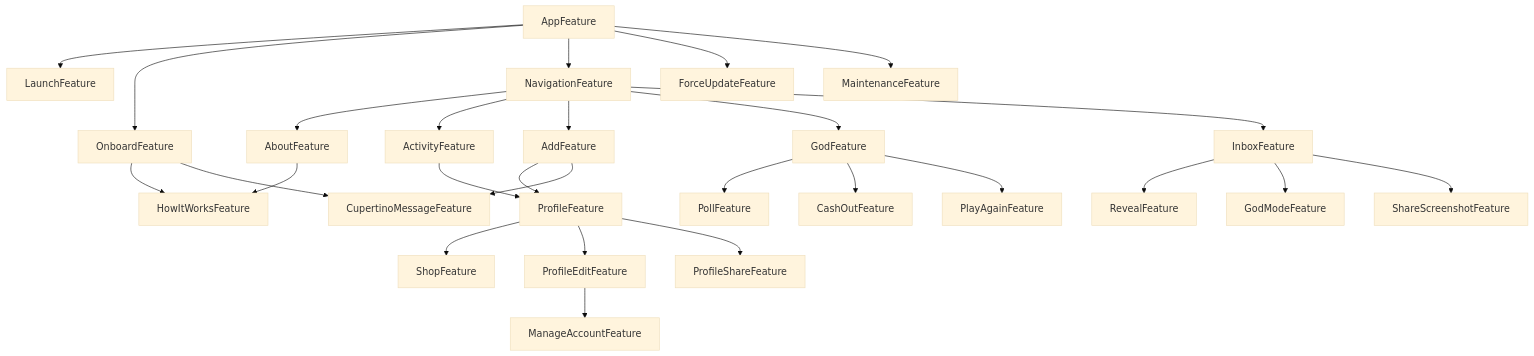
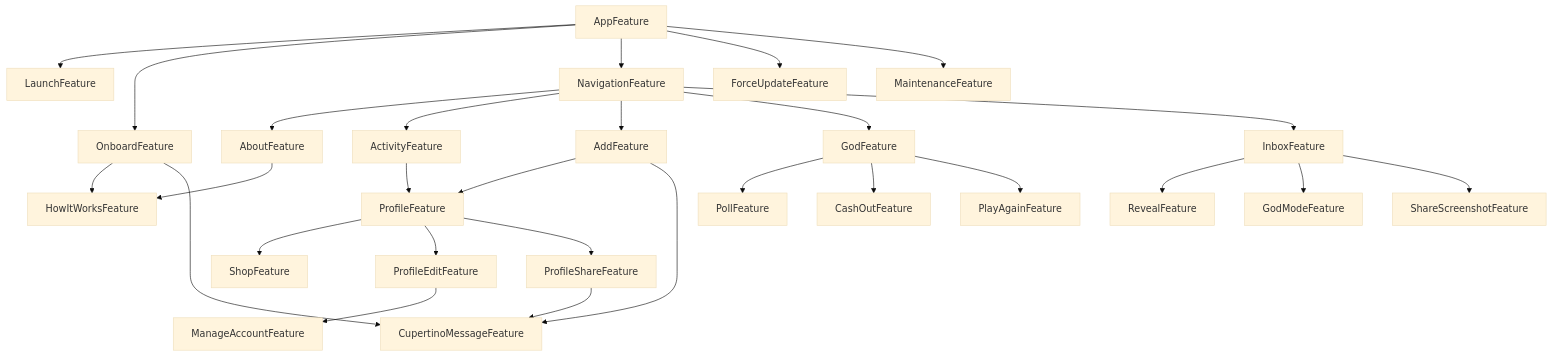
One commit to 0x1-company/god-ios changed the diagram in Packages/GodPackage/README.md. Above: the diagram before and after it, drawn with Mermaid (base theme). The commit also changed 1 other file, not shown here.

Commit message:
chore: 🤖 dgraph

````diff
--- a/Packages/GodPackage/README.md
+++ b/Packages/GodPackage/README.md
@@ -6,29 +6,30 @@
 ```mermaid
 graph TD;
     AboutFeature-->HowItWorksFeature;
     ActivityFeature-->ProfileFeature;
     AddFeature-->ProfileFeature;
     AddFeature-->CupertinoMessageFeature;
     AppFeature-->LaunchFeature;
     AppFeature-->OnboardFeature;
     AppFeature-->NavigationFeature;
     AppFeature-->ForceUpdateFeature;
     AppFeature-->MaintenanceFeature;
     GodFeature-->PollFeature;
     GodFeature-->CashOutFeature;
     GodFeature-->PlayAgainFeature;
     InboxFeature-->RevealFeature;
     InboxFeature-->GodModeFeature;
     InboxFeature-->ShareScreenshotFeature;
     NavigationFeature-->AboutFeature;
     NavigationFeature-->ActivityFeature;
     NavigationFeature-->AddFeature;
     NavigationFeature-->GodFeature;
     NavigationFeature-->InboxFeature;
     OnboardFeature-->HowItWorksFeature;
     OnboardFeature-->CupertinoMessageFeature;
     ProfileEditFeature-->ManageAccountFeature;
     ProfileFeature-->ShopFeature;
     ProfileFeature-->ProfileEditFeature;
     ProfileFeature-->ProfileShareFeature;
+    ProfileShareFeature-->CupertinoMessageFeature;
 ```
````
